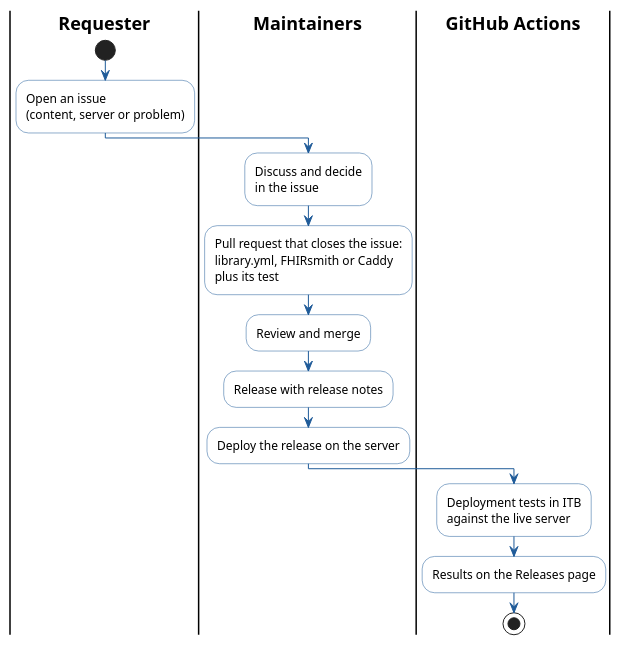
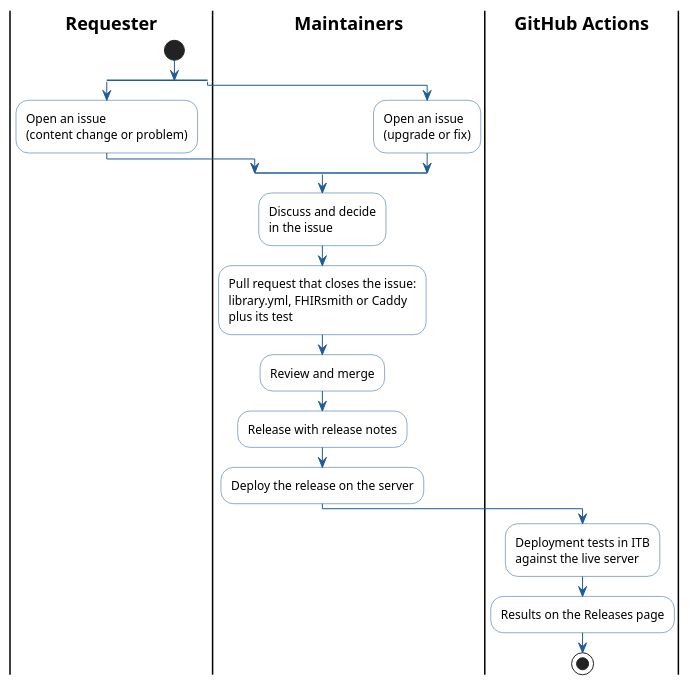
One commit to hl7-eu/tx.hl7europe.eu changed the diagram in docs/index.md. Above: the diagram before and after it, drawn with PlantUML. The commit also changed 1 other file, not shown here.

Commit message:
Show that maintainers open issues too, for upgrades and fixes
Refs #10, #11

```diff
--- a/docs/index.md
+++ b/docs/index.md
@@ -25,26 +25,32 @@
 @startuml
 skinparam shadowing false
 skinparam defaultFontName Arial
 skinparam ActivityBackgroundColor #FFFFFF
 skinparam ActivityBorderColor #1F5B99
 skinparam ArrowColor #1F5B99
 skinparam SwimlaneTitleFontStyle bold
 |Requester|
 start
-:Open an issue
-(content, server or problem);
+split
+  :Open an issue
+  (content change or problem);
+split again
+  |Maintainers|
+  :Open an issue
+  (upgrade or fix);
+end split
 |Maintainers|
 :Discuss and decide
 in the issue;
 :Pull request that closes the issue:
 library.yml, FHIRsmith or Caddy
 plus its test;
 :Review and merge;
 :Release with release notes;
 :Deploy the release on the server;
 |GitHub Actions|
 :Deployment tests in ITB
 against the live server;
 :Results on the Releases page;
 stop
 @enduml
```
